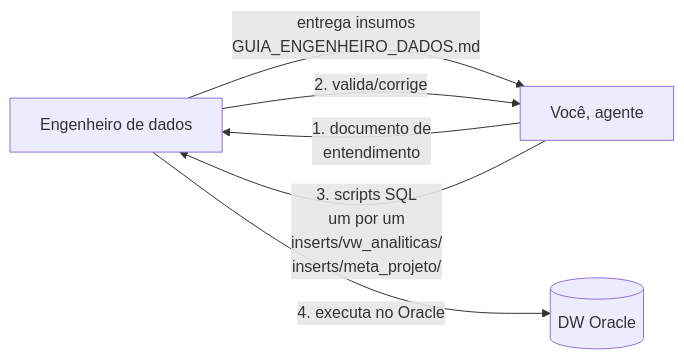
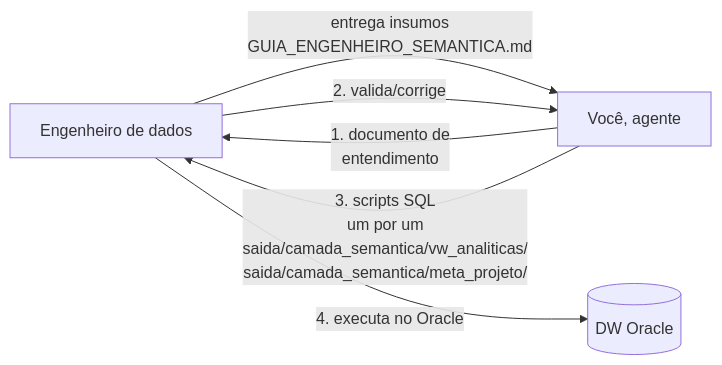
Before and after one commit to jef-prodeb01/NINHO.03: the diagram in modulos/camada_semantica/AGENTS.md, drawn with Mermaid. The commit also changed other lines of this file and 57 other files, not shown here.

Commit message:
feat: adicionar esteira de automacao Planejador DW -> Camada Semantica, guias de BI, comandos rapidos e testes pre-voo

````diff
--- a/modulos/camada_semantica/AGENTS.md
+++ b/modulos/camada_semantica/AGENTS.md
@@ -14,8 +14,8 @@
 ```mermaid
 flowchart LR
-    ENG[Engenheiro de dados] -->|entrega insumos<br/>GUIA_ENGENHEIRO_DADOS.md| VC[Você, agente]
+    ENG[Engenheiro de dados] -->|entrega insumos<br/>GUIA_ENGENHEIRO_SEMANTICA.md| VC[Você, agente]
     VC -->|1. documento de<br/>entendimento| ENG
     ENG -->|2. valida/corrige| VC
-    VC -->|3. scripts SQL<br/>um por um<br/>inserts/vw_analiticas/<br/>inserts/meta_projeto/| ENG
+    VC -->|3. scripts SQL<br/>um por um<br/>saida/camada_semantica/vw_analiticas/<br/>saida/camada_semantica/meta_projeto/| ENG
     ENG -->|4. executa no Oracle| DB[(DW Oracle)]
 ```
````
